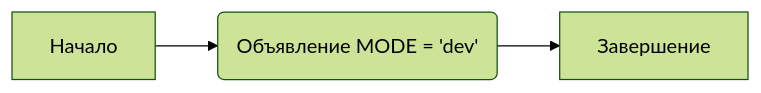
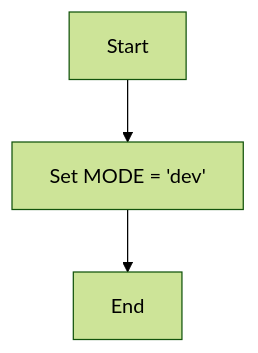
One commit to hypo69/hypo changed the diagram in docs/gemini/ru/explainer/src/ai/helicone/__init__.py.md. Above: the diagram before and after it, drawn with Mermaid (forest theme). The commit also changed other lines of this file and 3338 other files, not shown here.

````diff
--- a/docs/gemini/ru/explainer/src/ai/helicone/__init__.py.md
+++ b/docs/gemini/ru/explainer/src/ai/helicone/__init__.py.md
@@ -15,5 +13,5 @@
 ```mermaid
-graph LR
-    A[Начало] --> B(Объявление MODE = 'dev');
-    B --> C[Завершение];
+flowchart TD
+    Start --> SetMode[Set MODE = 'dev']
+    SetMode --> End
 ```
````
